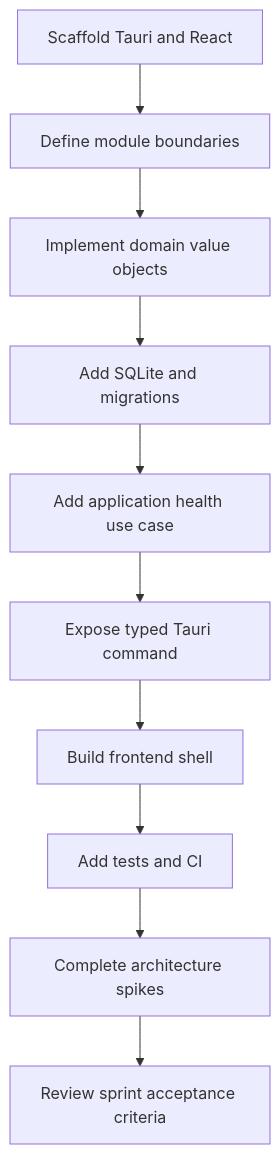
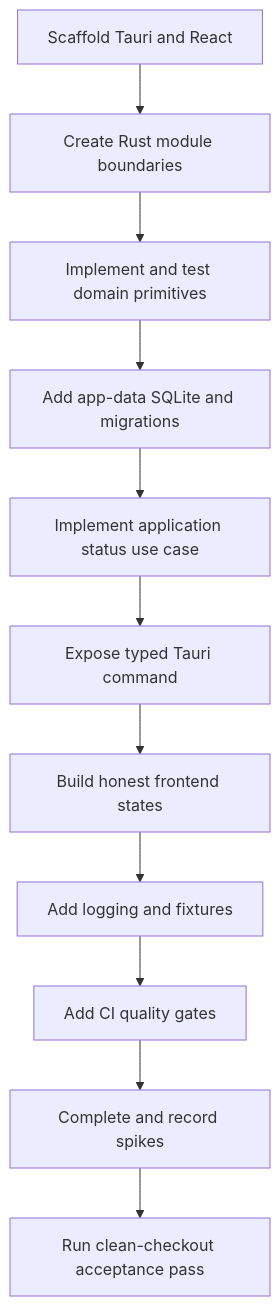
Before and after one commit to vuthanhdat/book-library: the diagram in planning/sprint-01.md, drawn with Mermaid. The commit also changed other lines of this file, not shown here.

Commit message:
docs: make sprint 01 implementation ready

````diff
--- a/planning/sprint-01.md
+++ b/planning/sprint-01.md
@@ -196,12 +263,13 @@
 ```mermaid
 flowchart TD
-    A["Scaffold Tauri and React"] --> B["Define module boundaries"]
-    B --> C["Implement domain value objects"]
-    C --> D["Add SQLite and migrations"]
-    D --> E["Add application health use case"]
+    A["Scaffold Tauri and React"] --> B["Create Rust module boundaries"]
+    B --> C["Implement and test domain primitives"]
+    C --> D["Add app-data SQLite and migrations"]
+    D --> E["Implement application status use case"]
     E --> F["Expose typed Tauri command"]
-    F --> G["Build frontend shell"]
-    G --> H["Add tests and CI"]
-    H --> I["Complete architecture spikes"]
-    I --> J["Review sprint acceptance criteria"]
+    F --> G["Build honest frontend states"]
+    G --> H["Add logging and fixtures"]
+    H --> I["Add CI quality gates"]
+    I --> J["Complete and record spikes"]
+    J --> K["Run clean-checkout acceptance pass"]
 ```
````
